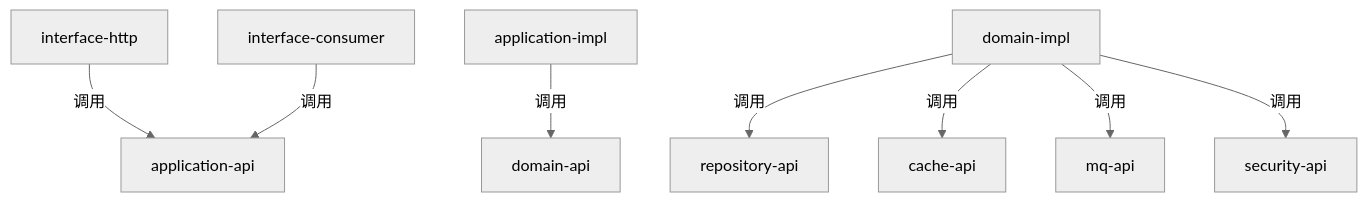
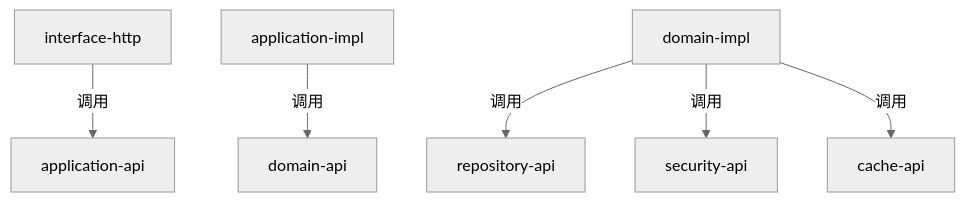
One commit to ddpie/awsome-shop-auth-service changed the first of 2 diagrams in README.md. Above: the diagram before and after it, drawn with Mermaid (neutral theme). The commit also changed other lines of this file and 3 other files, not shown here.

````diff
--- a/README.md
+++ b/README.md
@@ -48,21 +61,8 @@
 ```mermaid
 graph TD
-    HTTP[interface-http]
-    Consumer[interface-consumer]
-    AppImpl[application-impl]
-    DomainImpl[domain-impl]
-    AppAPI[application-api]
-    DomainAPI[domain-api]
-    SecurityAPI[security-api]
-    RepoAPI[repository-api]
-    CacheAPI[cache-api]
-    MqAPI[mq-api]
-
-    HTTP -->|调用| AppAPI
-    Consumer -->|调用| AppAPI
-    AppImpl -->|调用| DomainAPI
-    DomainImpl -->|调用| RepoAPI
-    DomainImpl -->|调用| CacheAPI
-    DomainImpl -->|调用| MqAPI
-    DomainImpl -->|调用| SecurityAPI
+    HTTP[interface-http] -->|调用| AppAPI[application-api]
+    AppImpl[application-impl] -->|调用| DomainAPI[domain-api]
+    DomainImpl[domain-impl] -->|调用| RepoAPI[repository-api]
+    DomainImpl -->|调用| SecurityAPI[security-api]
+    DomainImpl -->|调用| CacheAPI[cache-api]
 ```
````
